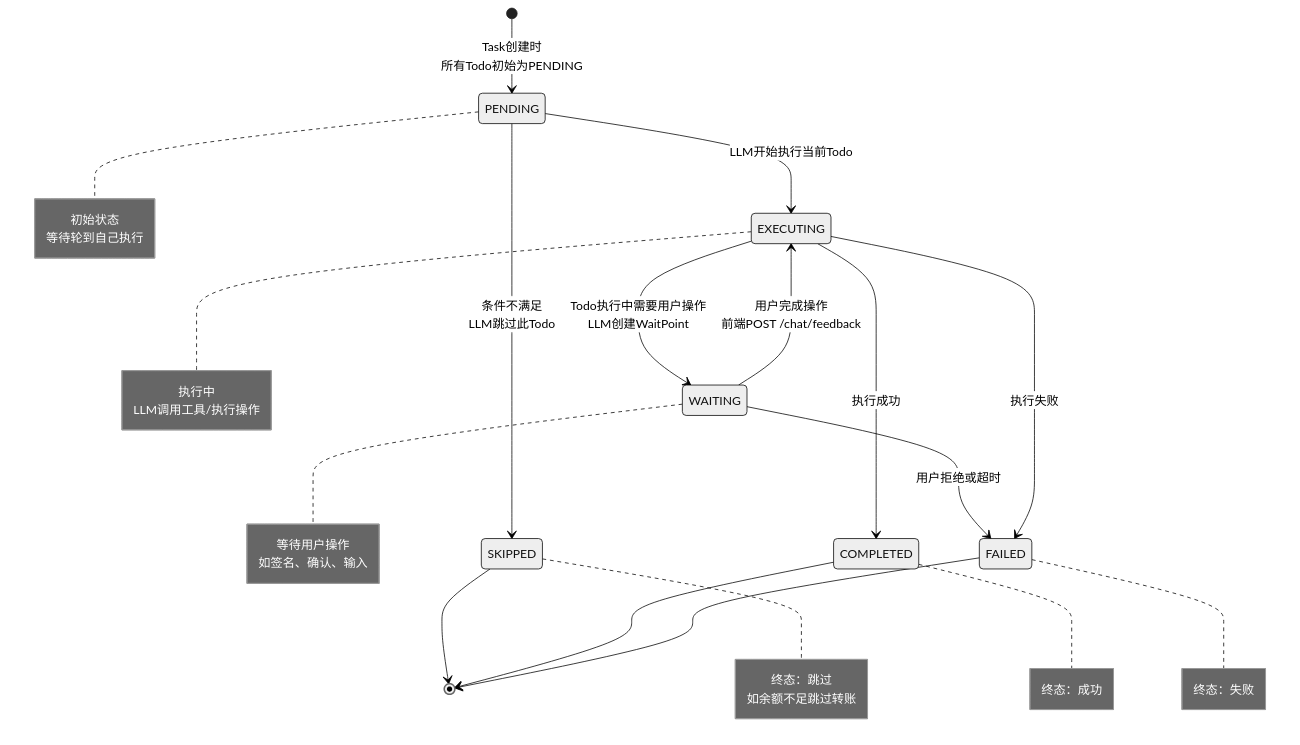
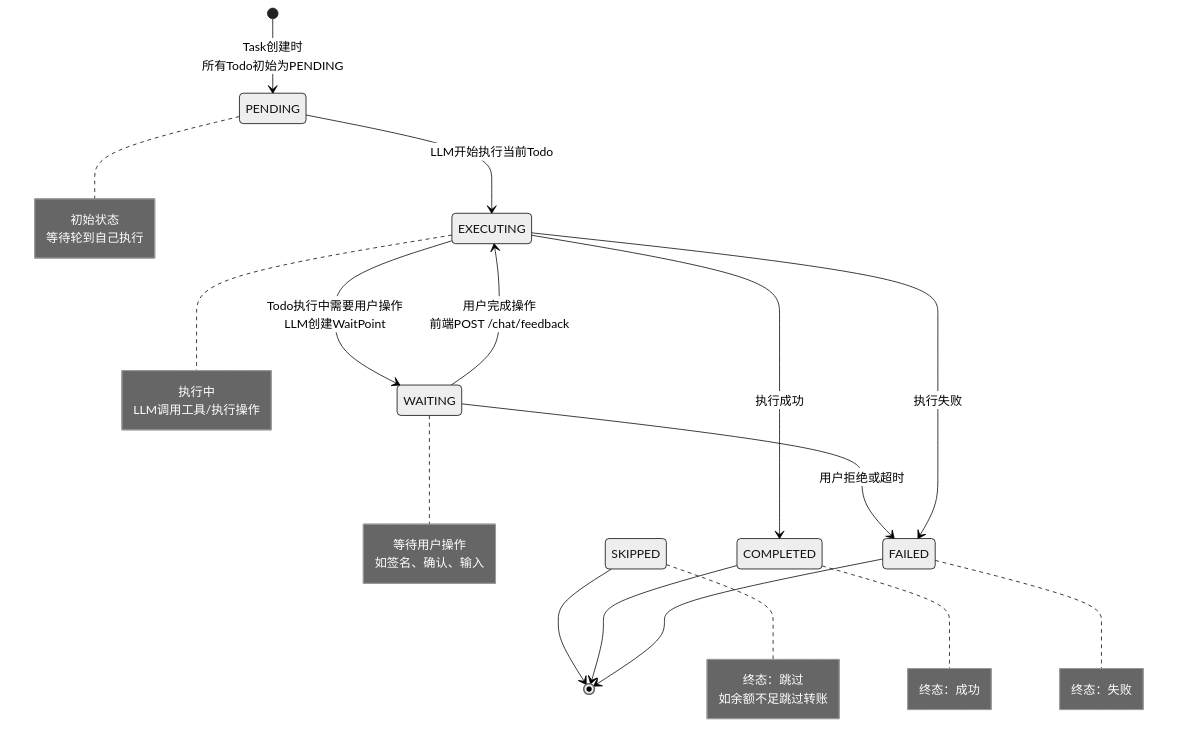
The diagram in all/未命名-10.md (yingjianzh/iodraw-files), drawn with Mermaid (neutral theme) before and after one commit.

Commit message:
2025-12-18 16:23:03 update

````diff
--- a/all/未命名-10.md
+++ b/all/未命名-10.md
@@ -1,47 +1,46 @@
 ```mermaid
 stateDiagram-v2
     [*] --> PENDING: Task创建时<br/>所有Todo初始为PENDING
     
     PENDING --> EXECUTING: LLM开始执行当前Todo
-    PENDING --> SKIPPED: 条件不满足<br/>LLM跳过此Todo
     
     EXECUTING --> WAITING: Todo执行中需要用户操作<br/>LLM创建WaitPoint
     
     WAITING --> EXECUTING: 用户完成操作<br/>前端POST /chat/feedback
     WAITING --> FAILED: 用户拒绝或超时
     
     EXECUTING --> COMPLETED: 执行成功
     EXECUTING --> FAILED: 执行失败
     
     SKIPPED --> [*]
     COMPLETED --> [*]
     FAILED --> [*]
     
     note right of PENDING
         初始状态
         等待轮到自己执行
     end note
     
     note right of EXECUTING
         执行中
         LLM调用工具/执行操作
     end note
     
     note right of WAITING
         等待用户操作
         如签名、确认、输入
     end note
     
     note right of SKIPPED
         终态：跳过
         如余额不足跳过转账
     end note
     
     note right of COMPLETED
         终态：成功
     end note
     
     note right of FAILED
         终态：失败
     end note
 ```
````
